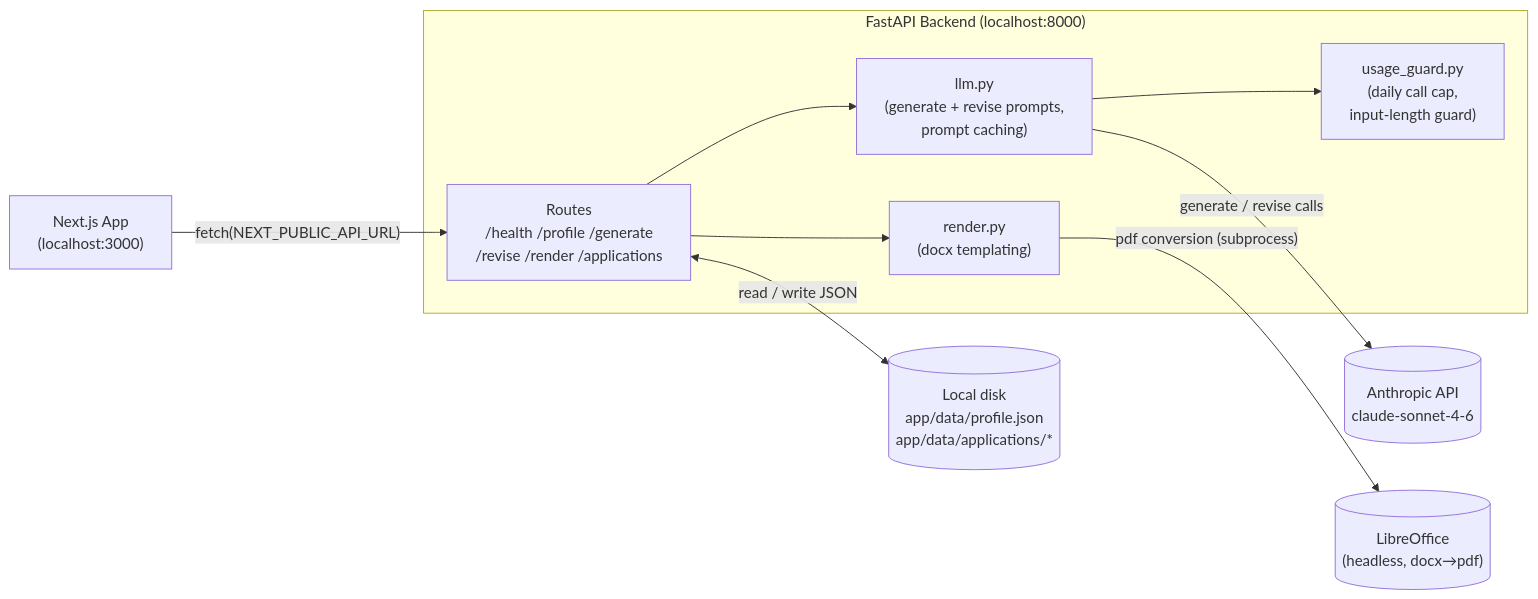
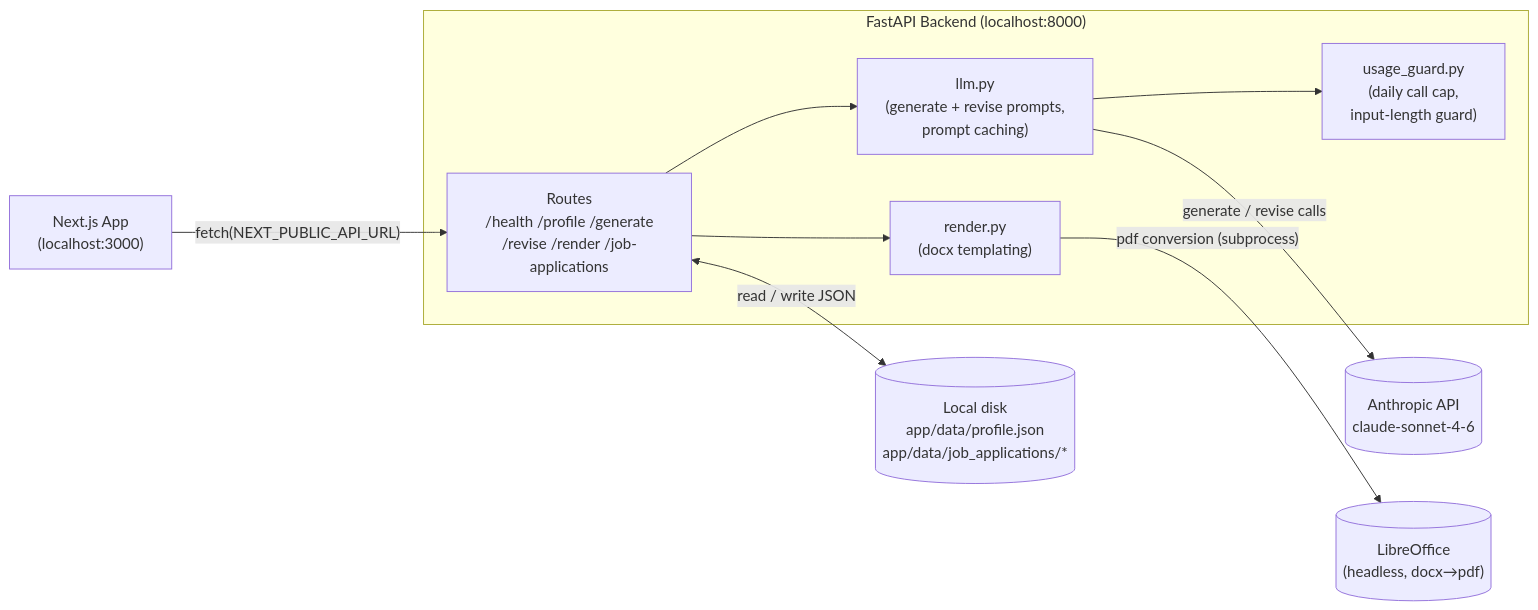
The first of 2 diagrams in README.md (ReneMSdev/resi-the-builder), drawn with Mermaid before and after one commit. The commit also changed 20 other files, not shown here.

First line of the commit message:
Add rename for saved applications; rename data folder and API to job applications

````diff
--- a/README.md
+++ b/README.md
@@ -43,23 +43,23 @@
 ```mermaid
 flowchart LR
     UI["Next.js App<br/>(localhost:3000)"]
 
     subgraph Backend["FastAPI Backend (localhost:8000)"]
-        Routes["Routes<br/>/health /profile /generate<br/>/revise /render /applications"]
+        Routes["Routes<br/>/health /profile /generate<br/>/revise /render /job-applications"]
         LLM["llm.py<br/>(generate + revise prompts,<br/>prompt caching)"]
         RenderSvc["render.py<br/>(docx templating)"]
         Guard["usage_guard.py<br/>(daily call cap,<br/>input-length guard)"]
     end
 
     Anthropic[("Anthropic API<br/>claude-sonnet-4-6")]
     LibreOffice[("LibreOffice<br/>(headless, docx→pdf)")]
-    Disk[("Local disk<br/>app/data/profile.json<br/>app/data/applications/*")]
+    Disk[("Local disk<br/>app/data/profile.json<br/>app/data/job_applications/*")]
 
     UI -->|"fetch(NEXT_PUBLIC_API_URL)"| Routes
     Routes --> LLM
     Routes --> RenderSvc
     LLM --> Guard
     LLM -->|"generate / revise calls"| Anthropic
     RenderSvc -->|"pdf conversion (subprocess)"| LibreOffice
     Routes <-->|"read / write JSON"| Disk
 ```
````
